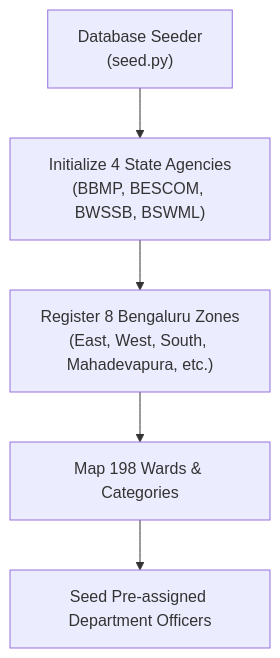
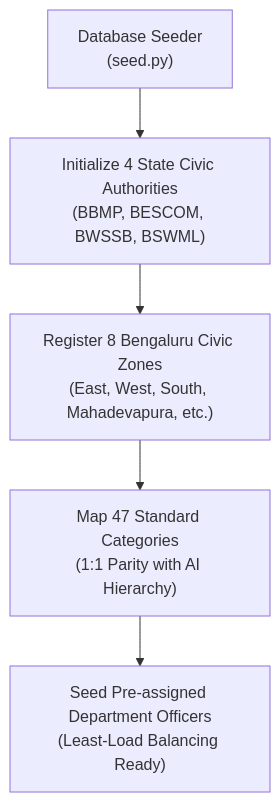
The fifth of 18 diagrams in phases.md (SHRUTISINHA250714/civic), drawn with Mermaid before and after one commit. The commit also changed other lines of this file and 1 other file, not shown here.

````diff
--- a/phases.md
+++ b/phases.md
@@ -151,7 +153,7 @@
 ```mermaid
 flowchart TD
-    Seed["Database Seeder\n(seed.py)"] --> Agencies["Initialize 4 State Agencies\n(BBMP, BESCOM, BWSSB, BSWML)"]
-    Agencies --> Zones["Register 8 Bengaluru Zones\n(East, West, South, Mahadevapura, etc.)"]
-    Zones --> Wards["Map 198 Wards & Categories"]
-    Wards --> Staff["Seed Pre-assigned Department Officers"]
+    Seed["Database Seeder\n(seed.py)"] --> Agencies["Initialize 4 State Civic Authorities\n(BBMP, BESCOM, BWSSB, BSWML)"]
+    Agencies --> Zones["Register 8 Bengaluru Civic Zones\n(East, West, South, Mahadevapura, etc.)"]
+    Zones --> Categories["Map 47 Standard Categories\n(1:1 Parity with AI Hierarchy)"]
+    Categories --> Staff["Seed Pre-assigned Department Officers\n(Least-Load Balancing Ready)"]
 ```
````
